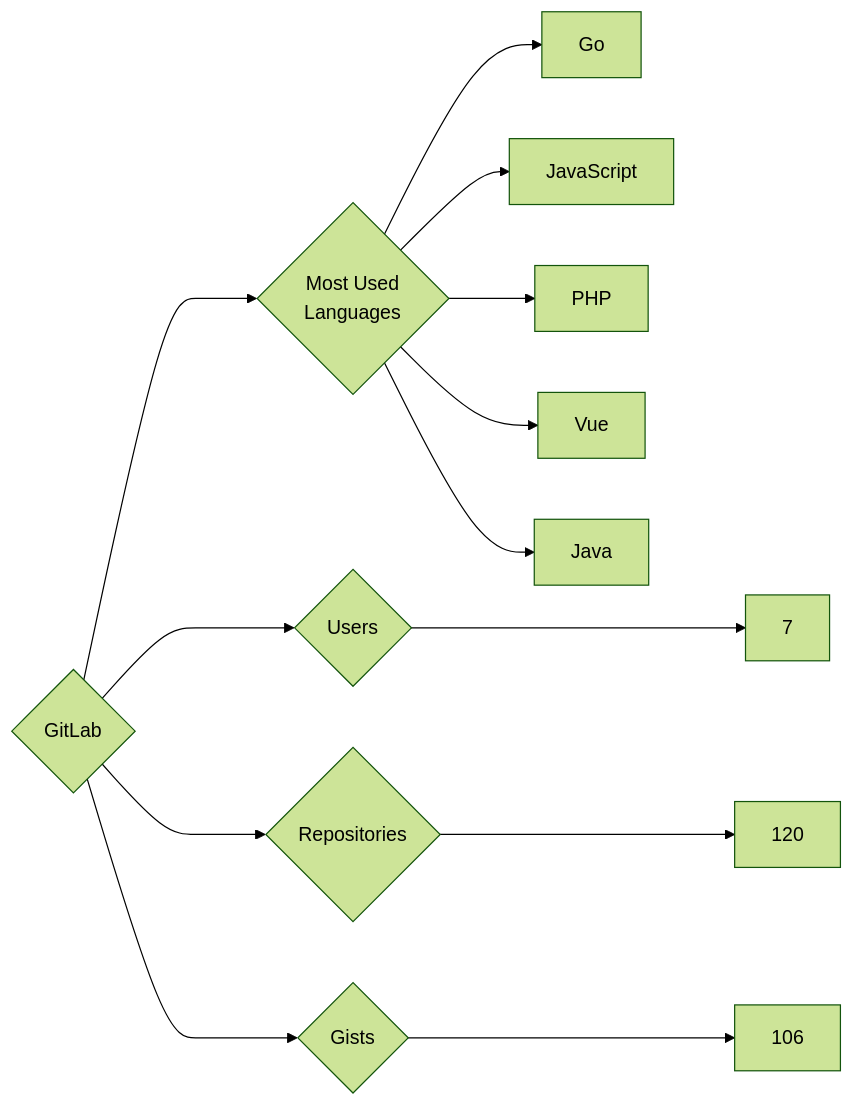
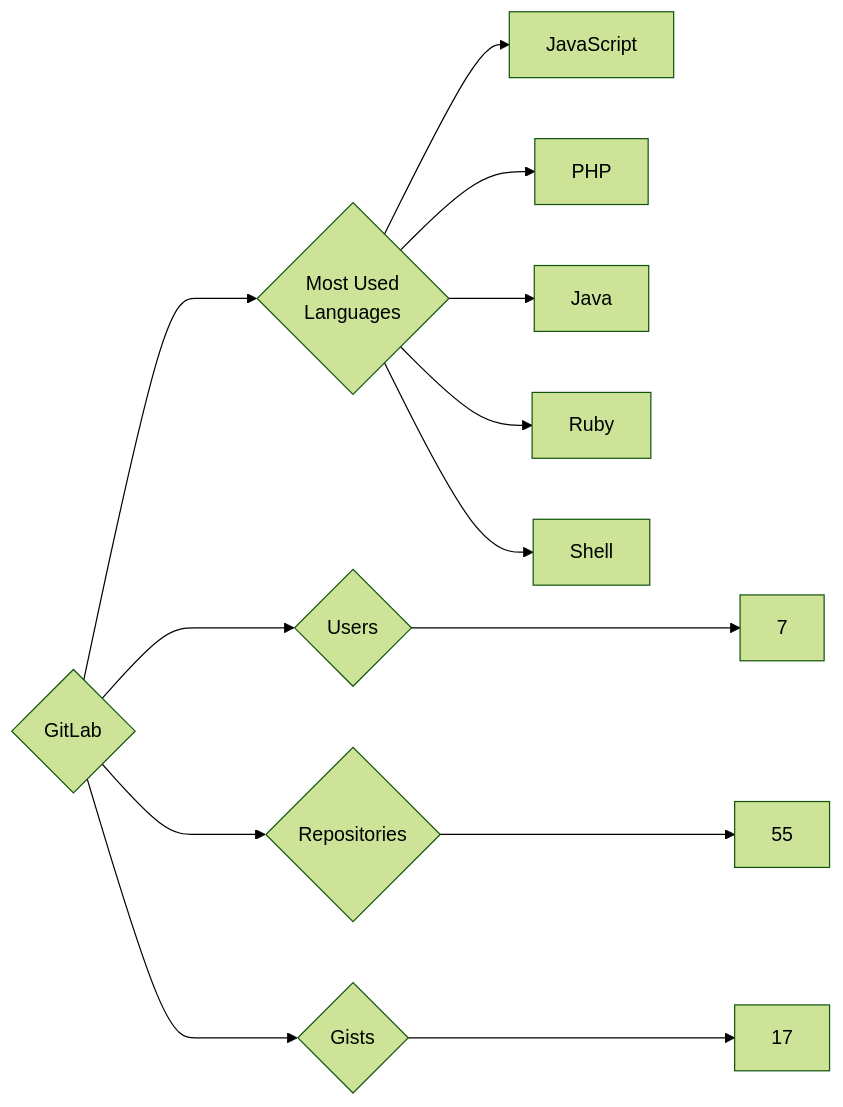
Before and after one commit to trickest/insiders: the diagram in targets/GitLab/README.md, drawn with Mermaid (forest theme). The commit also changed 783 other files, not shown here.

````diff
--- a/targets/GitLab/README.md
+++ b/targets/GitLab/README.md
@@ -3,13 +3,13 @@
 ```mermaid
 graph LR
 COMPANY_NAME{GitLab}
 COMPANY_NAME ---> U{Users} ---> UN[7]
-COMPANY_NAME ---> R{Repositories} ---> RN[120]
-COMPANY_NAME ---> G{Gists} ---> GN[106]
+COMPANY_NAME ---> R{Repositories} ---> RN[55]
+COMPANY_NAME ---> G{Gists} ---> GN[17]
 COMPANY_NAME ---> ML{Most Used<br>Languages}
-ML --> Go[Go]
 ML --> JavaScript[JavaScript]
 ML --> PHP[PHP]
-ML --> Vue[Vue]
 ML --> Java[Java]
+ML --> Ruby[Ruby]
+ML --> Shell[Shell]
 ```
````
